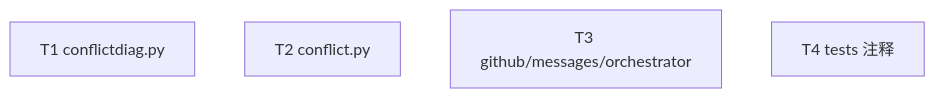
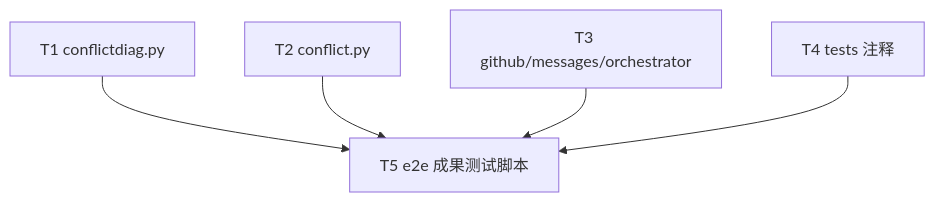
The diagram in docs/specs/0044-cleanup-rebase-indexheal-stale-idioms.md (Curry09/OpenAgents), drawn with Mermaid before and after one commit. The commit also changed other lines of this file and 1 other file, not shown here.

````diff
--- a/docs/specs/0044-cleanup-rebase-indexheal-stale-idioms.md
+++ b/docs/specs/0044-cleanup-rebase-indexheal-stale-idioms.md
@@ -164,7 +182,12 @@
 ```mermaid
 graph TD
     T1["T1 conflictdiag.py"]
     T2["T2 conflict.py"]
     T3["T3 github/messages/orchestrator"]
     T4["T4 tests 注释"]
+    T5["T5 e2e 成果测试脚本"]
+    T1 --> T5
+    T2 --> T5
+    T3 --> T5
+    T4 --> T5
 ```
````
